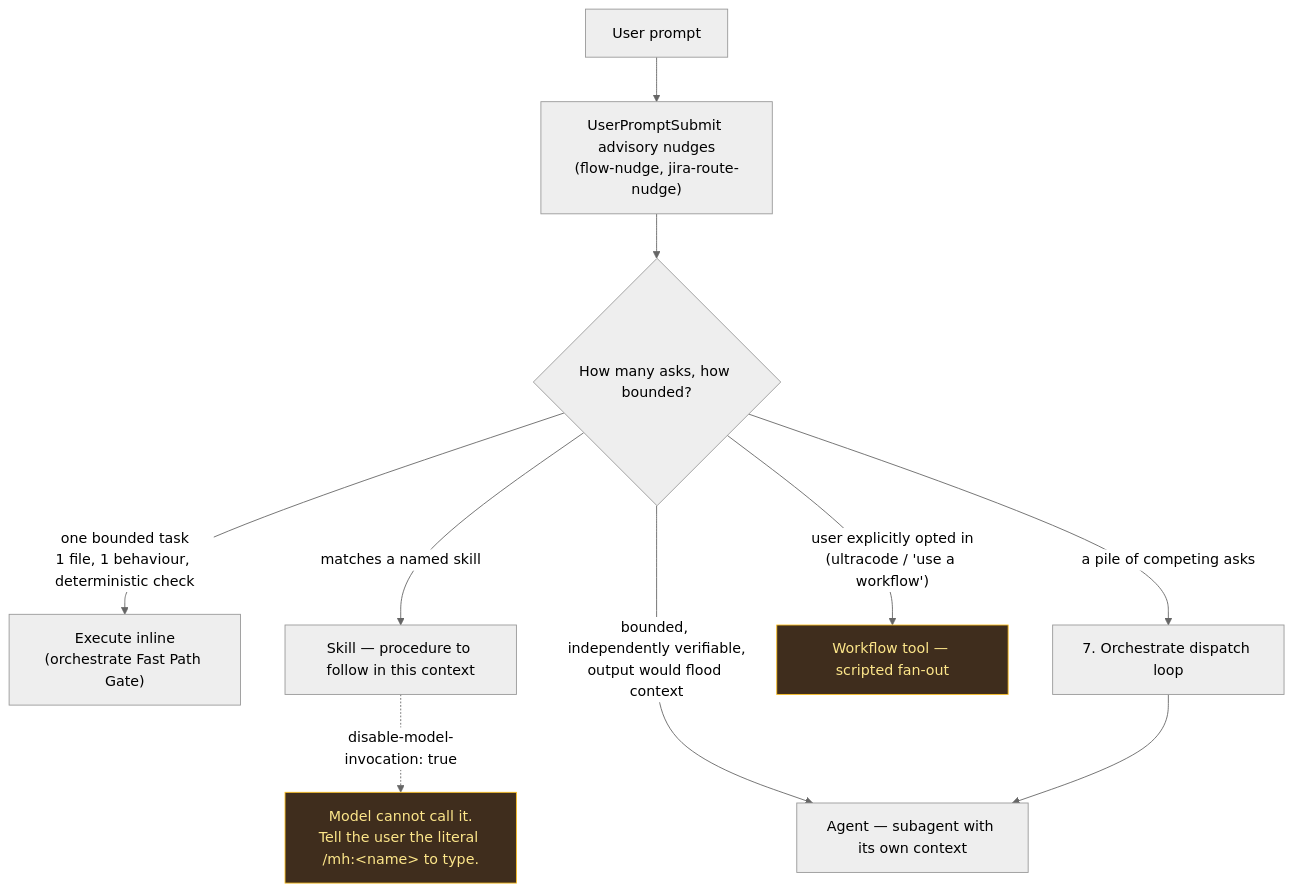
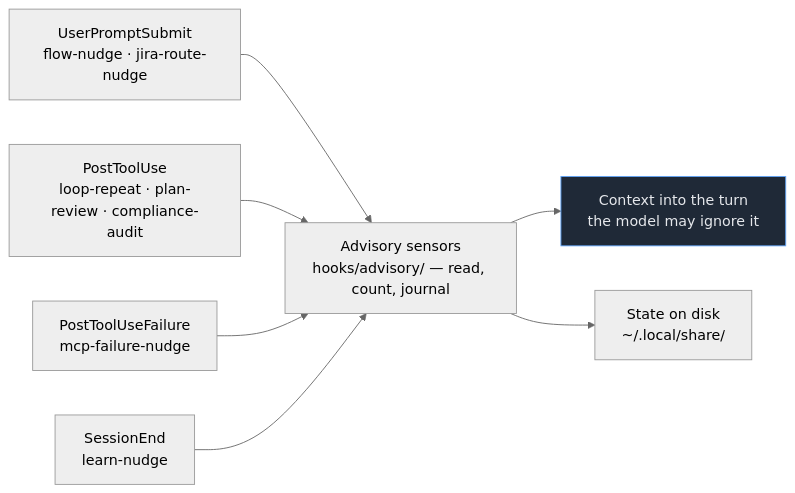
The third of 8 diagrams in docs/workflow-diagrams.md (wasikarn/matt-harness), drawn with Mermaid (neutral theme) before and after one commit. The commit also changed other lines of this file and 4 other files, not shown here.

First line of the commit message:
docs: audit every diagram for the same defect; replace 3, fix 7's chain

````diff
--- a/docs/workflow-diagrams.md
+++ b/docs/workflow-diagrams.md
@@ -118,17 +119,13 @@
 ```mermaid
-flowchart TB
-    U["User prompt"] --> N["UserPromptSubmit advisory nudges<br/>(flow-nudge, jira-route-nudge)"]
-    N --> Q{"How many asks, how bounded?"}
+flowchart LR
+    E1["UserPromptSubmit<br/>flow-nudge · jira-route-nudge"] --> S
+    E2["PostToolUse<br/>loop-repeat · plan-review · compliance-audit"] --> S
+    E3["PostToolUseFailure<br/>mcp-failure-nudge"] --> S
+    E4["SessionEnd<br/>learn-nudge"] --> S
+    S["Advisory sensors<br/>hooks/advisory/ — read, count, journal"]
+    S --> C["Context into the turn<br/>the model may ignore it"]
+    S --> D["State on disk<br/>~/.local/share/"]
 
-    Q -->|"one bounded task<br/>1 file, 1 behaviour, deterministic check"| INL["Execute inline<br/>(orchestrate Fast Path Gate)"]
-    Q -->|"matches a named skill"| SK["Skill — procedure to follow in this context"]
-    Q -->|"bounded, independently verifiable,<br/>output would flood context"| AG["Agent — subagent with its own context"]
-    Q -->|"a pile of competing asks"| OR["7. Orchestrate dispatch loop"]
-    Q -->|"user explicitly opted in<br/>(ultracode / 'use a workflow')"| WF["Workflow tool — scripted fan-out"]
-
-    OR --> AG
-    SK -.->|"disable-model-invocation: true"| USER["Model cannot call it.<br/>Tell the user the literal /mh:&lt;name&gt; to type."]
-
-    classDef gate fill:#3f2d1d,stroke:#fbbf24,color:#fde68a
-    class USER,WF gate
+    classDef det fill:#1f2937,stroke:#60a5fa,color:#e5e7eb
+    class C det
 ```
````
